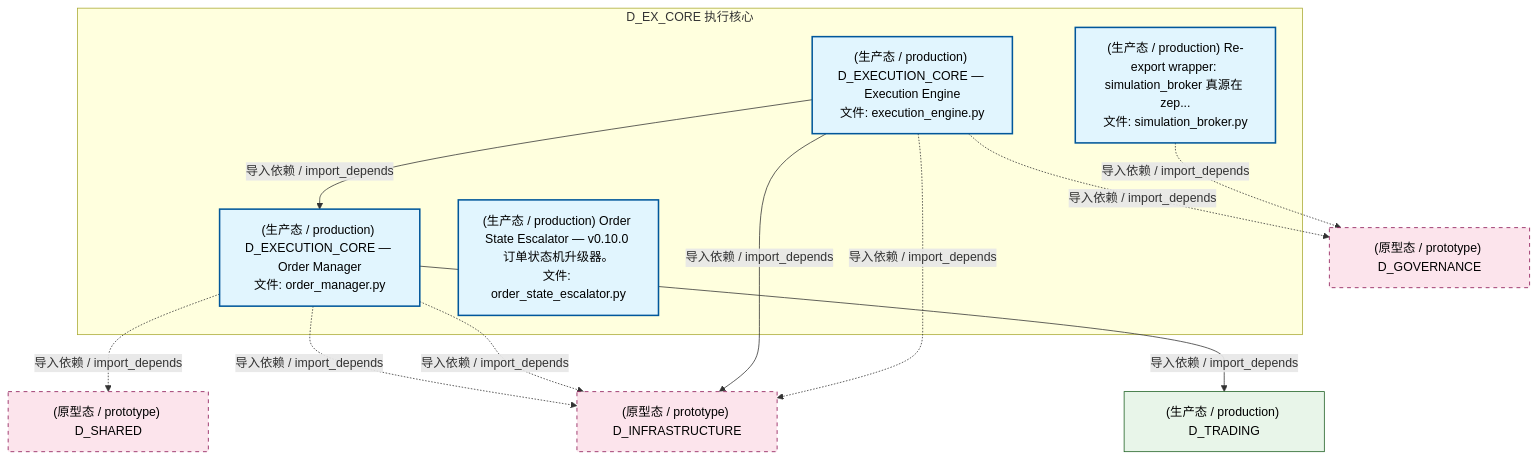
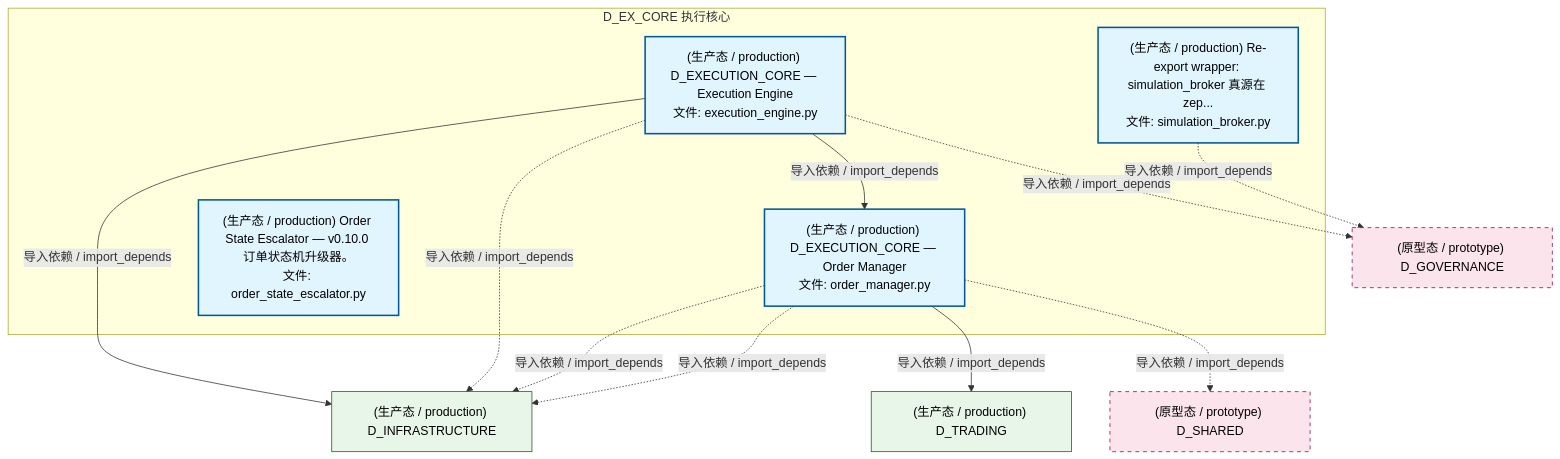
The second of 5 diagrams in docs/02_enterprise_architecture/02_domain_architecture_docs/34_d_ex_core.md (xuanFelixVan/ZephyrAlpha), drawn with Mermaid before and after one commit. The commit also changed 87 other files, not shown here.

````diff
--- a/docs/02_enterprise_architecture/02_domain_architecture_docs/34_d_ex_core.md
+++ b/docs/02_enterprise_architecture/02_domain_architecture_docs/34_d_ex_core.md
@@ -126,29 +126,29 @@
 ```mermaid
 graph TD
     subgraph D_EX_CORE["D_EX_CORE 执行核心"]
         src_zephyr_ex_core_adapters_simulation_broker_py["(生产态 / production) Re-export wrapper: simulation_broker 真源在 zep...<br/>文件: simulation_broker.py"]
         src_zephyr_ex_core_execution_engine_py["(生产态 / production) D_EXECUTION_CORE — Execution Engine<br/>文件: execution_engine.py"]
         src_zephyr_ex_core_order_manager_py["(生产态 / production) D_EXECUTION_CORE — Order Manager<br/>文件: order_manager.py"]
         src_zephyr_governance_escalation_order_state_escalator_py["(生产态 / production) Order State Escalator — v0.10.0 订单状态机升级器。<br/>文件: order_state_escalator.py"]
     end
     src_zephyr_ex_core_execution_engine_py -->|导入依赖 / import_depends| src_zephyr_ex_core_order_manager_py
+    D_INFRASTRUCTURE["(生产态 / production) D_INFRASTRUCTURE"]
+    src_zephyr_ex_core_execution_engine_py -->|导入依赖 / import_depends| D_INFRASTRUCTURE
+    D_GOVERNANCE["(原型态 / prototype) D_GOVERNANCE"]
+    src_zephyr_ex_core_execution_engine_py -.->|导入依赖 / import_depends| D_GOVERNANCE
+    src_zephyr_ex_core_execution_engine_py -.->|导入依赖 / import_depends| D_INFRASTRUCTURE
     D_SHARED["(原型态 / prototype) D_SHARED"]
     src_zephyr_ex_core_order_manager_py -.->|导入依赖 / import_depends| D_SHARED
-    D_INFRASTRUCTURE["(原型态 / prototype) D_INFRASTRUCTURE"]
     src_zephyr_ex_core_order_manager_py -.->|导入依赖 / import_depends| D_INFRASTRUCTURE
     D_TRADING["(生产态 / production) D_TRADING"]
     src_zephyr_ex_core_order_manager_py -->|导入依赖 / import_depends| D_TRADING
     src_zephyr_ex_core_order_manager_py -.->|导入依赖 / import_depends| D_INFRASTRUCTURE
-    src_zephyr_ex_core_execution_engine_py -->|导入依赖 / import_depends| D_INFRASTRUCTURE
-    D_GOVERNANCE["(原型态 / prototype) D_GOVERNANCE"]
-    src_zephyr_ex_core_execution_engine_py -.->|导入依赖 / import_depends| D_GOVERNANCE
-    src_zephyr_ex_core_execution_engine_py -.->|导入依赖 / import_depends| D_INFRASTRUCTURE
     src_zephyr_ex_core_adapters_simulation_broker_py -.->|导入依赖 / import_depends| D_GOVERNANCE
     classDef production fill:#e1f5fe,stroke:#01579b,stroke-width:2px,color:#000
     classDef design fill:#fff3e0,stroke:#e65100,stroke-width:2px,color:#000,stroke-dasharray: 5 5
     classDef external_prod fill:#e8f5e9,stroke:#1b5e20,stroke-width:1px,color:#000
     classDef external_design fill:#fce4ec,stroke:#880e4f,stroke-width:1px,color:#000,stroke-dasharray: 5 5
     class src_zephyr_ex_core_adapters_simulation_broker_py,src_zephyr_ex_core_execution_engine_py,src_zephyr_ex_core_order_manager_py,src_zephyr_governance_escalation_order_state_escalator_py production
-    class D_TRADING external_prod
-    class D_SHARED,D_INFRASTRUCTURE,D_GOVERNANCE external_design
+    class D_INFRASTRUCTURE,D_TRADING external_prod
+    class D_GOVERNANCE,D_SHARED external_design
 ```
````
